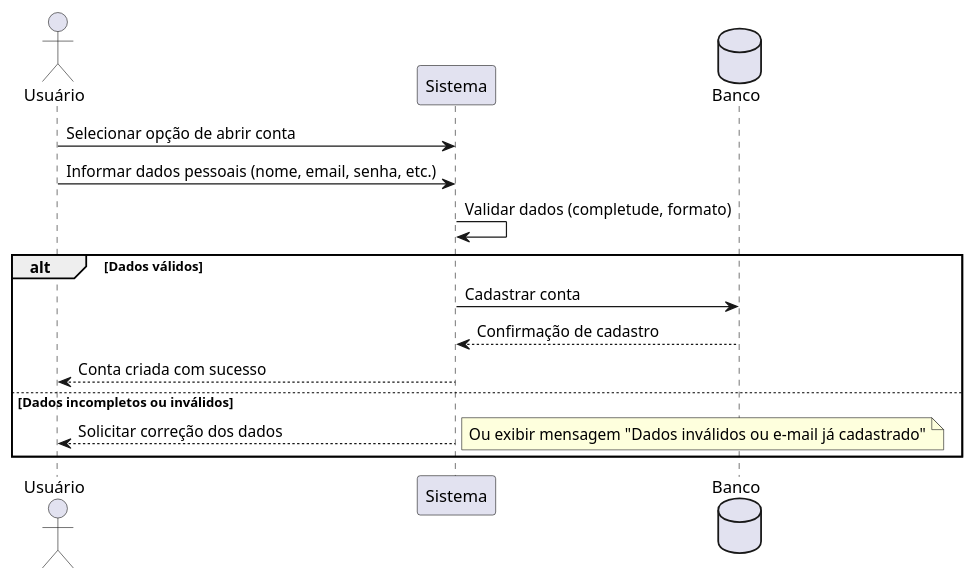
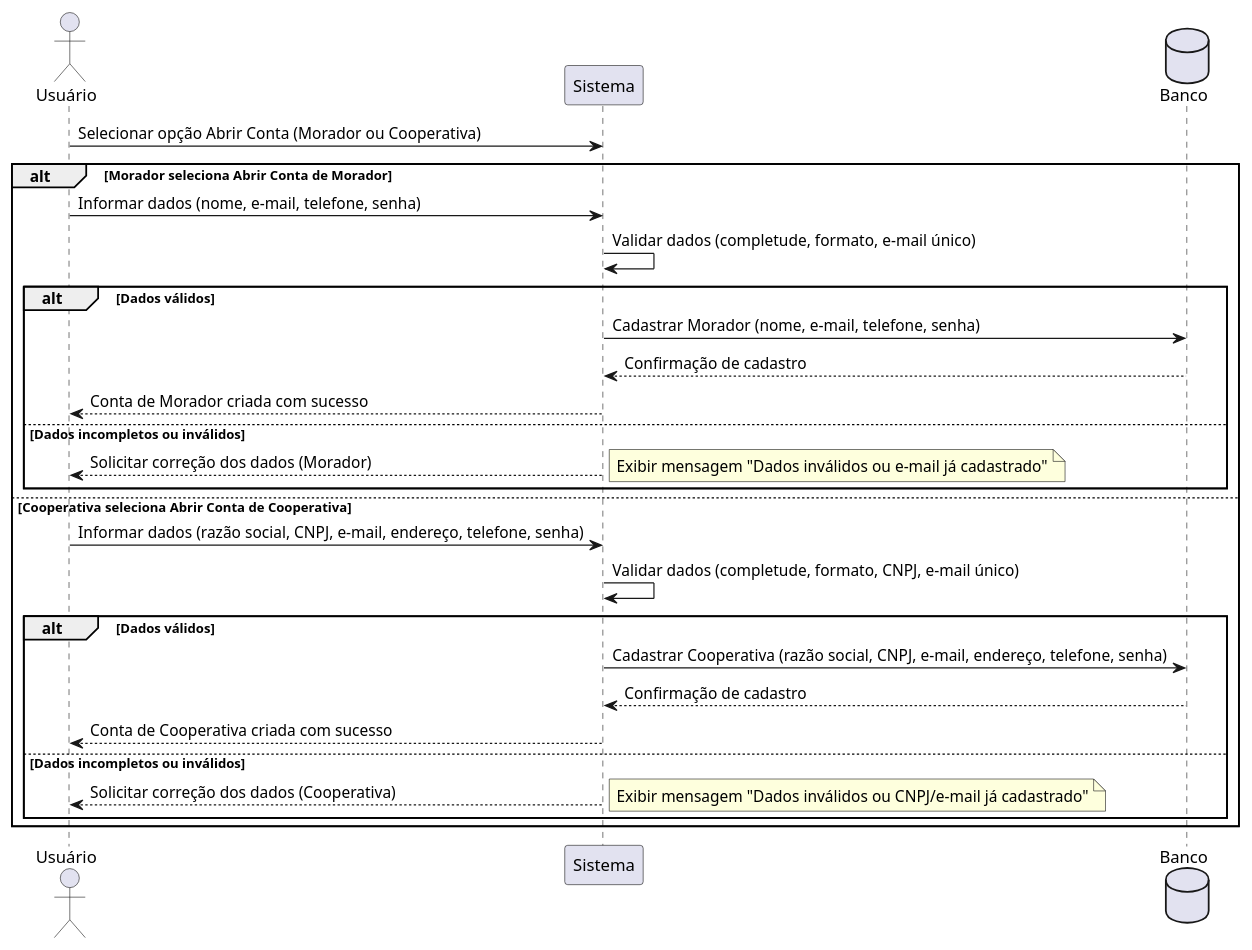
The diagram in diagrama-fontes/diagrama_sequencia_abrir_conta.puml (gg-Joao/.econologia), drawn with PlantUML before and after one commit.

Commit message:
mudança no diagrama_sequencia _abrir conta

```diff
--- a/diagrama-fontes/diagrama_sequencia_abrir_conta.puml
+++ b/diagrama-fontes/diagrama_sequencia_abrir_conta.puml
@@ -1,17 +1,32 @@
 @startuml Diagrama de Sequência - Abrir Conta
 actor Usuário
 participant Sistema
 database Banco
 
-Usuário -> Sistema: Selecionar opção de abrir conta
-Usuário -> Sistema: Informar dados pessoais (nome, email, senha, etc.)
-Sistema -> Sistema: Validar dados (completude, formato)
-alt Dados válidos
-    Sistema -> Banco: Cadastrar conta
-    Banco --> Sistema: Confirmação de cadastro
-    Sistema --> Usuário: Conta criada com sucesso
-else Dados incompletos ou inválidos
-    Sistema --> Usuário: Solicitar correção dos dados
-    note right: Ou exibir mensagem "Dados inválidos ou e-mail já cadastrado"
+Usuário -> Sistema: Selecionar opção Abrir Conta (Morador ou Cooperativa)
+
+alt Morador seleciona Abrir Conta de Morador
+    Usuário -> Sistema: Informar dados (nome, e-mail, telefone, senha)
+    Sistema -> Sistema: Validar dados (completude, formato, e-mail único)
+    alt Dados válidos
+        Sistema -> Banco: Cadastrar Morador (nome, e-mail, telefone, senha)
+        Banco --> Sistema: Confirmação de cadastro
+        Sistema --> Usuário: Conta de Morador criada com sucesso
+    else Dados incompletos ou inválidos
+        Sistema --> Usuário: Solicitar correção dos dados (Morador)
+        note right: Exibir mensagem "Dados inválidos ou e-mail já cadastrado"
+    end
+else Cooperativa seleciona Abrir Conta de Cooperativa
+    Usuário -> Sistema: Informar dados (razão social, CNPJ, e-mail, endereço, telefone, senha)
+    Sistema -> Sistema: Validar dados (completude, formato, CNPJ, e-mail único)
+    alt Dados válidos
+        Sistema -> Banco: Cadastrar Cooperativa (razão social, CNPJ, e-mail, endereço, telefone, senha)
+        Banco --> Sistema: Confirmação de cadastro
+        Sistema --> Usuário: Conta de Cooperativa criada com sucesso
+    else Dados incompletos ou inválidos
+        Sistema --> Usuário: Solicitar correção dos dados (Cooperativa)
+        note right: Exibir mensagem "Dados inválidos ou CNPJ/e-mail já cadastrado"
+    end
 end
+
 @enduml
```
